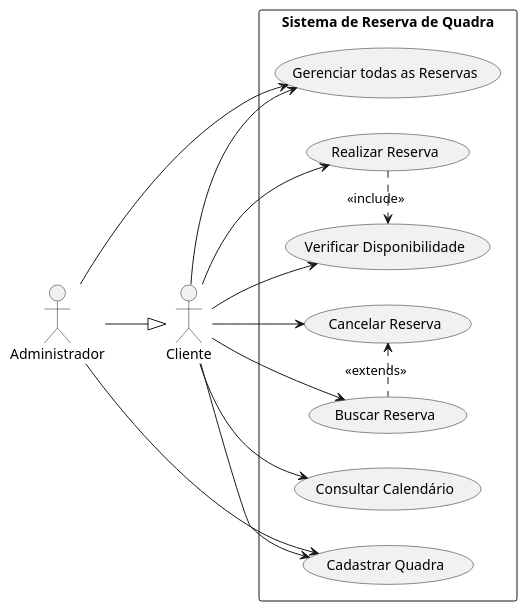
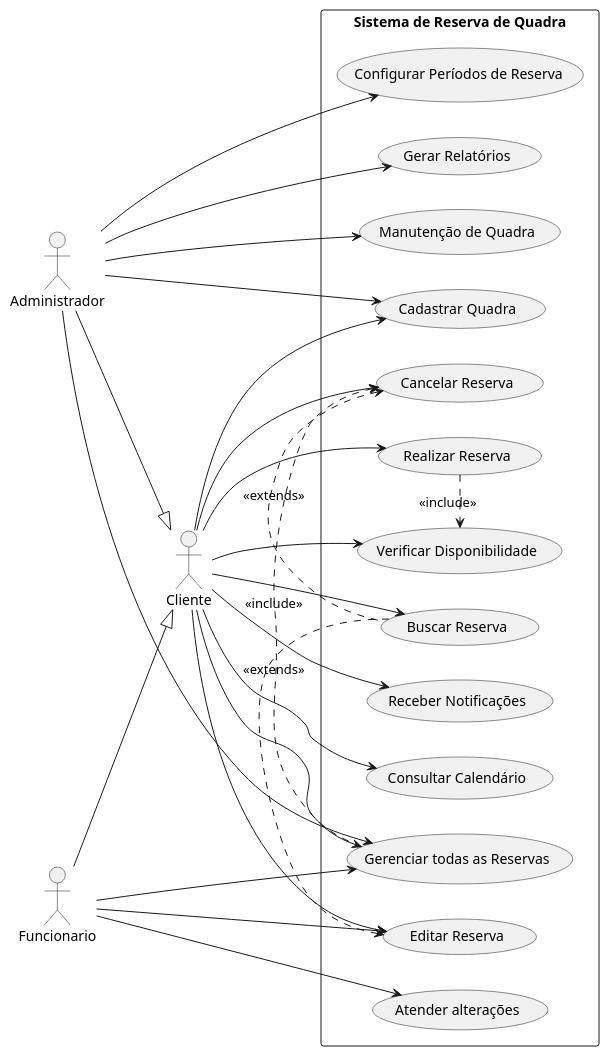
Before and after one commit to tayna01/analise-projeto-sistemas: the diagram in diarios/maurolibanore/Diagramas/reservas.puml, drawn with PlantUML. The commit also changed 1 other file, not shown here.

Commit message:
alterações uml

```diff
--- a/diarios/maurolibanore/Diagramas/reservas.puml
+++ b/diarios/maurolibanore/Diagramas/reservas.puml
@@ -1,35 +1,54 @@
 @startuml
 
 left to right direction
 
 actor cli as "Cliente"
 actor adm as "Administrador"
+actor fun as "Funcionario"
 
 
 rectangle "Sistema de Reserva de Quadra" {
     usecase "Consultar Calendário" as cu01
     usecase "Buscar Reserva" as cu02
     usecase "Realizar Reserva" as cu03
     usecase "Verificar Disponibilidade" as cu04
     usecase "Cancelar Reserva" as cu05
     usecase "Gerenciar todas as Reservas" as cu06
     usecase "Cadastrar Quadra" as cu07
+    usecase "Editar Reserva" as cu08
+    usecase "Gerar Relatórios" as cu09
+    usecase "Manutenção de Quadra" as cu10
+    usecase "Receber Notificações" as cu11
+    usecase "Configurar Períodos de Reserva" as cu12
+    usecase "Atender alterações" as cu13
 
+
+    cu06 .> cu05 : <<include>>
     cu03 .> cu04 : <<include>>
-    cu05 <. cu02 : <<extends>> 
+    cu05 <. cu02 : <<extends>>
+    cu08 <. cu02 : <<extends>>
 }
 
 cli --> cu01  
 cli --> cu02
 cli --> cu03
 cli --> cu04
 cli --> cu05
 cli --> cu06
 cli --> cu07
+cli --> cu08
+cli -> cu11
 
 adm --|> cli
 adm --> cu06
 adm --> cu07
+adm --> cu09
+adm --> cu10
+adm --> cu12
 
+fun --|> cli
+fun --> cu06
+fun --> cu08
+fun --> cu13
 
 @enduml
```
